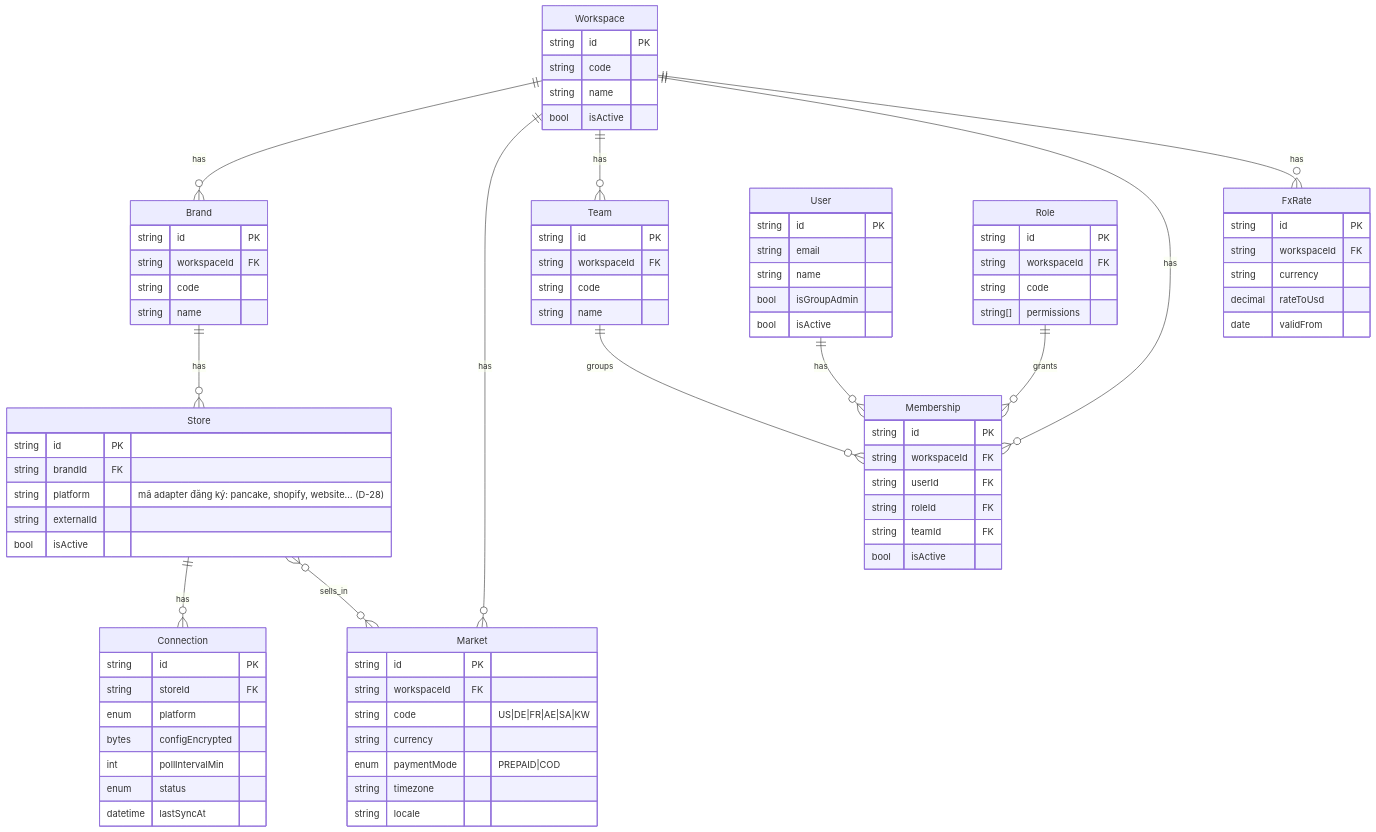
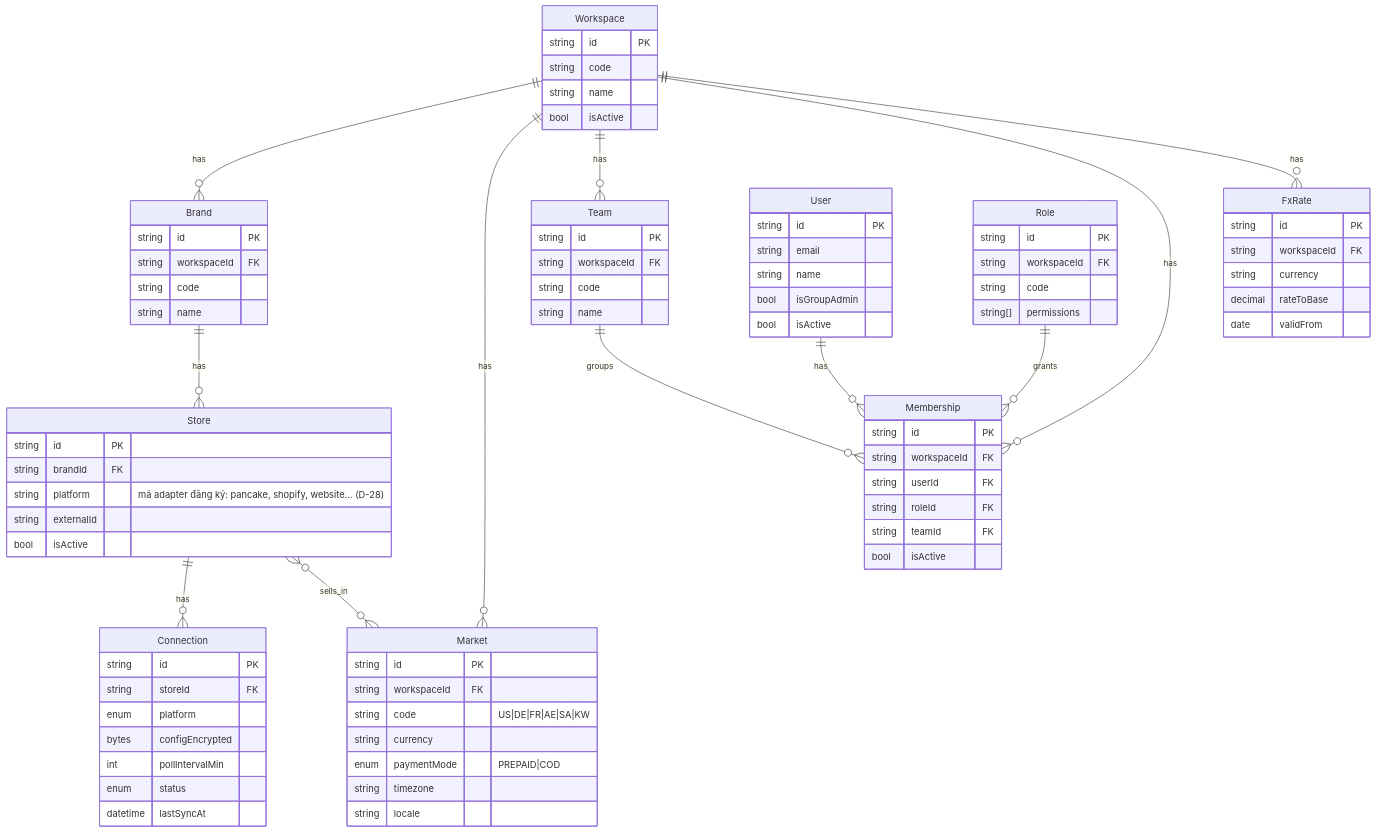
Before and after one commit to ThaiPhancde/CRM: the first of 5 diagrams in docs/data-model.md, drawn with Mermaid. The commit also changed other lines of this file and 29 other files, not shown here.

````diff
--- a/docs/data-model.md
+++ b/docs/data-model.md
@@ -11,25 +11,25 @@
 ```mermaid
 erDiagram
     Workspace ||--o{ Brand : has
     Workspace ||--o{ Market : has
     Workspace ||--o{ Team : has
     Workspace ||--o{ Membership : has
     Workspace ||--o{ FxRate : has
     Brand ||--o{ Store : has
     Store ||--o{ Connection : has
     Store }o--o{ Market : sells_in
     User ||--o{ Membership : has
     Role ||--o{ Membership : grants
     Team ||--o{ Membership : groups
 
     Workspace { string id PK  string code  string name  bool isActive }
     Brand { string id PK  string workspaceId FK  string code  string name }
     Store { string id PK  string brandId FK  string platform "mã adapter đăng ký: pancake, shopify, website… (D-28)"  string externalId  bool isActive }
     Market { string id PK  string workspaceId FK  string code "US|DE|FR|AE|SA|KW"  string currency  enum paymentMode "PREPAID|COD"  string timezone  string locale }
     Connection { string id PK  string storeId FK  enum platform  bytes configEncrypted  int pollIntervalMin  enum status  datetime lastSyncAt }
     User { string id PK  string email  string name  bool isGroupAdmin  bool isActive }
     Membership { string id PK  string workspaceId FK  string userId FK  string roleId FK  string teamId FK  bool isActive }
     Role { string id PK  string workspaceId FK  string code  string[] permissions }
     Team { string id PK  string workspaceId FK  string code  string name }
-    FxRate { string id PK  string workspaceId FK  string currency  decimal rateToUsd  date validFrom }
+    FxRate { string id PK  string workspaceId FK  string currency  decimal rateToBase  date validFrom }
 ```
````
